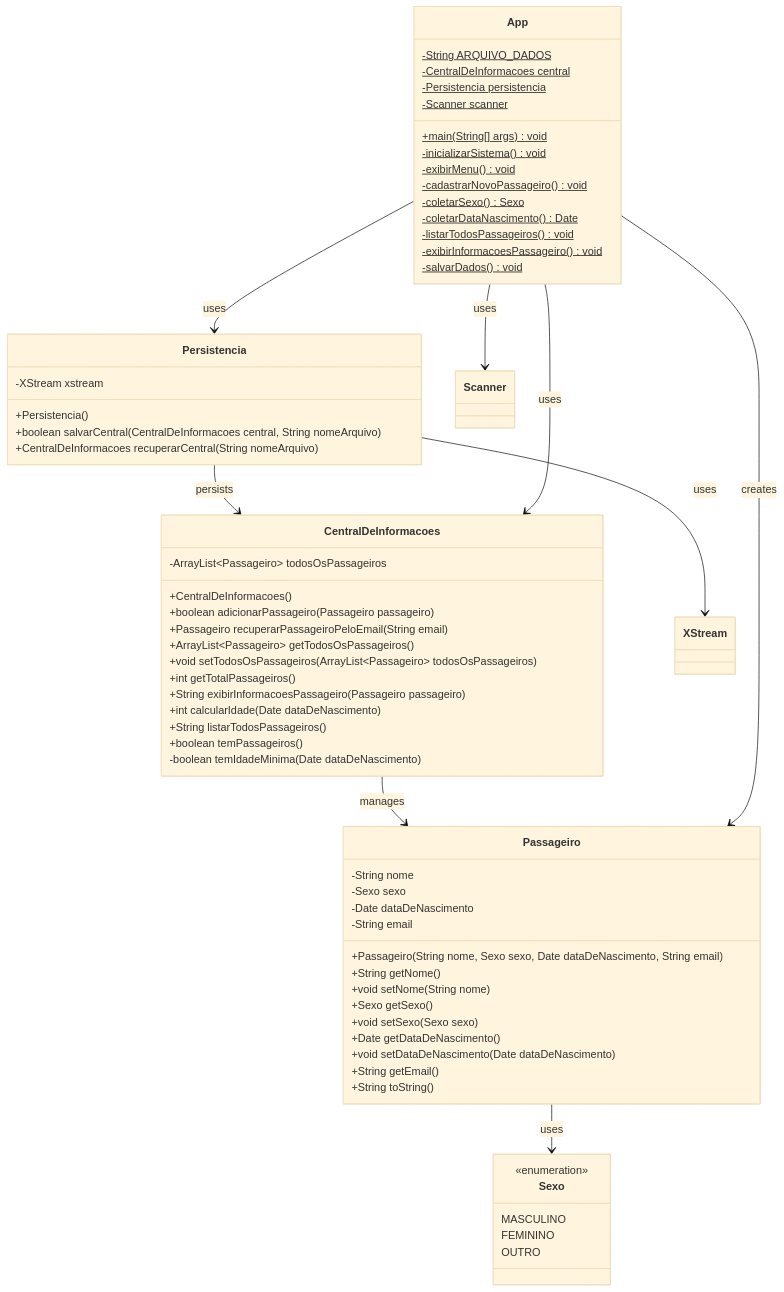
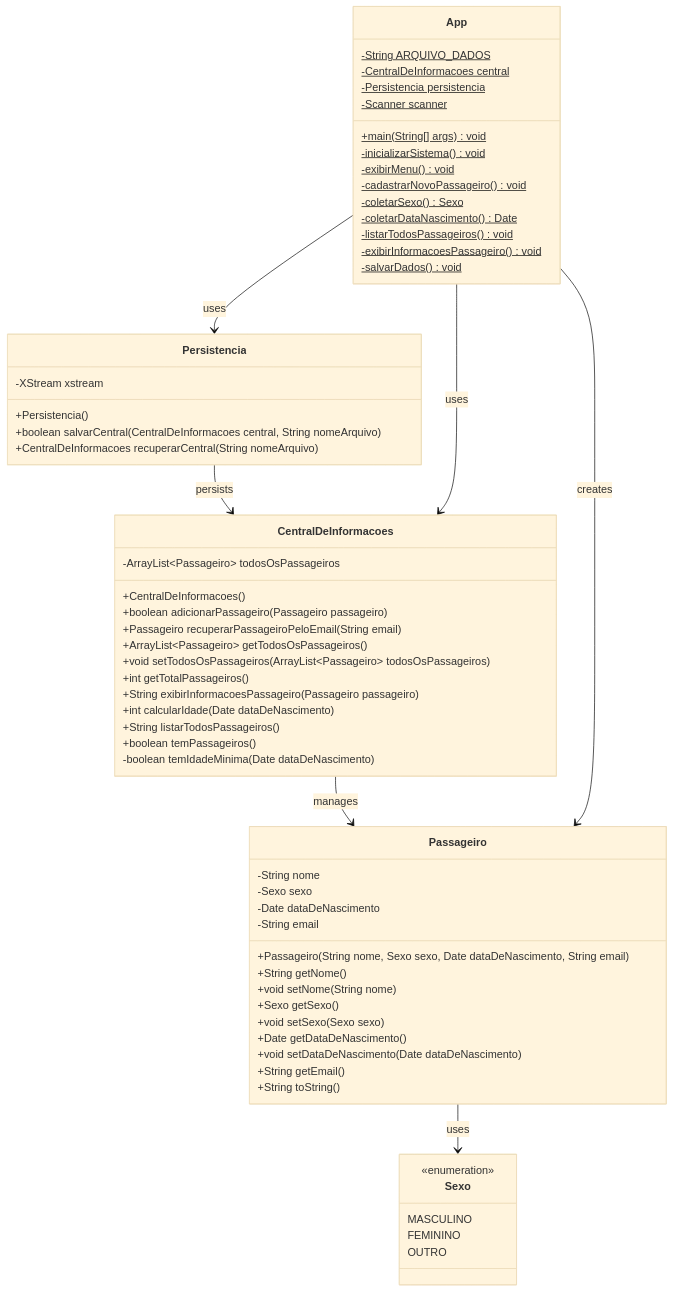
The diagram in lista2/src/main/java/br/com/pucgo/exercicio4/diagrama-uml.mmd (DEVigodE/ADS1232), drawn with Mermaid (base theme) before and after one commit. The commit also changed 28 other files, not shown here.

```diff
--- a/lista2/src/main/java/br/com/pucgo/exercicio4/diagrama-uml.mmd
+++ b/lista2/src/main/java/br/com/pucgo/exercicio4/diagrama-uml.mmd
@@ -1,74 +1,72 @@
 classDiagram
     class Sexo {
         <<enumeration>>
         MASCULINO
         FEMININO
         OUTRO
     }
 
     class Passageiro {
         -String nome
         -Sexo sexo
         -Date dataDeNascimento
         -String email
 
         +Passageiro(String nome, Sexo sexo, Date dataDeNascimento, String email)
         +String getNome()
         +void setNome(String nome)
         +Sexo getSexo()
         +void setSexo(Sexo sexo)
         +Date getDataDeNascimento()
         +void setDataDeNascimento(Date dataDeNascimento)
         +String getEmail()
         +String toString()
     }
 
     class CentralDeInformacoes {
         -ArrayList~Passageiro~ todosOsPassageiros
 
         +CentralDeInformacoes()
         +boolean adicionarPassageiro(Passageiro passageiro)
         +Passageiro recuperarPassageiroPeloEmail(String email)
         +ArrayList~Passageiro~ getTodosOsPassageiros()
         +void setTodosOsPassageiros(ArrayList~Passageiro~ todosOsPassageiros)
         +int getTotalPassageiros()
         +String exibirInformacoesPassageiro(Passageiro passageiro)
         +int calcularIdade(Date dataDeNascimento)
         +String listarTodosPassageiros()
         +boolean temPassageiros()
         -boolean temIdadeMinima(Date dataDeNascimento)
     }
 
     class Persistencia {
         -XStream xstream
 
         +Persistencia()
         +boolean salvarCentral(CentralDeInformacoes central, String nomeArquivo)
         +CentralDeInformacoes recuperarCentral(String nomeArquivo)
     }
 
     class App {
         -String ARQUIVO_DADOS$
         -CentralDeInformacoes central$
         -Persistencia persistencia$
         -Scanner scanner$
 
         +main(String[] args)$ void
         -inicializarSistema()$ void
         -exibirMenu()$ void
         -cadastrarNovoPassageiro()$ void
         -coletarSexo()$ Sexo
         -coletarDataNascimento()$ Date
         -listarTodosPassageiros()$ void
         -exibirInformacoesPassageiro()$ void
         -salvarDados()$ void
     }
 
     Passageiro --> Sexo : uses
     CentralDeInformacoes --> Passageiro : manages
     Persistencia --> CentralDeInformacoes : persists
-    Persistencia --> XStream : uses
     App --> CentralDeInformacoes : uses
     App --> Passageiro : creates
     App --> Persistencia : uses
-    App --> Scanner : uses
```
